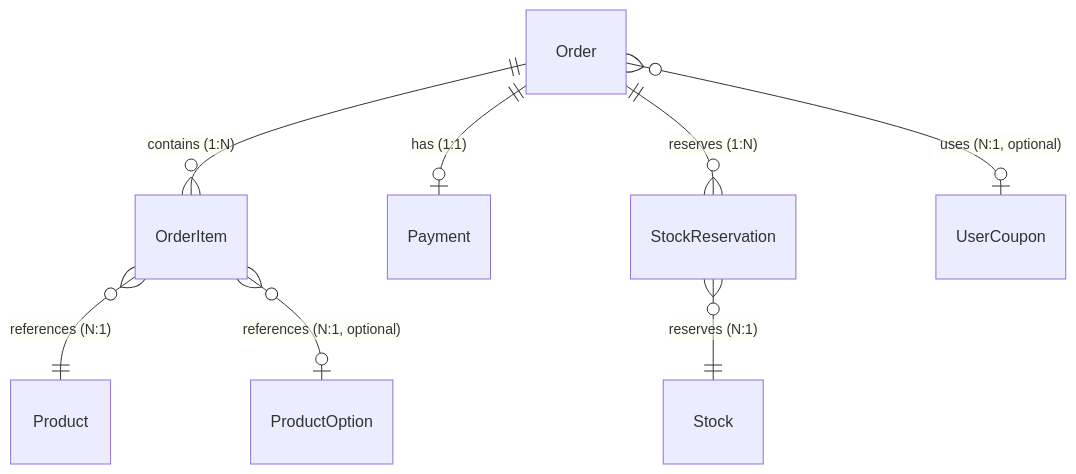
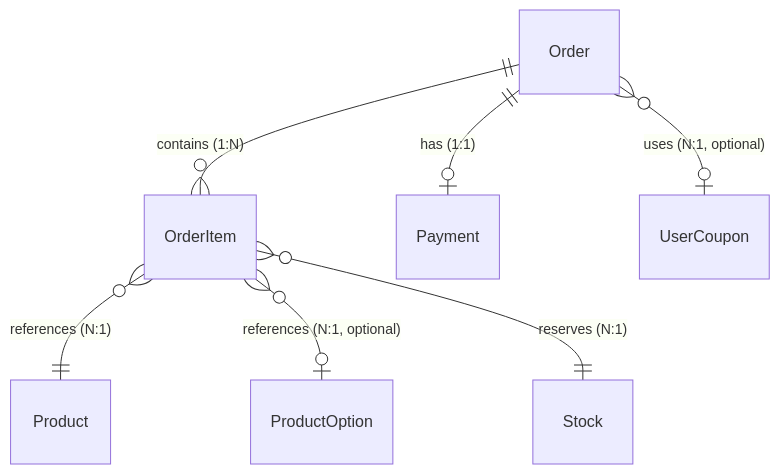
Diagram 11 of 13 in docs/dev/dashboard/data-model.md (ywj3493/hhplus-e-commerce), drawn with Mermaid before and after one commit. The commit also changed other lines of this file and 4 other files, not shown here.

````diff
--- a/docs/dev/dashboard/data-model.md
+++ b/docs/dev/dashboard/data-model.md
@@ -1238,10 +1164,9 @@
 ```mermaid
 erDiagram
     Order ||--o{ OrderItem : "contains (1:N)"
     Order ||--o| Payment : "has (1:1)"
-    Order ||--o{ StockReservation : "reserves (1:N)"
     Order }o--o| UserCoupon : "uses (N:1, optional)"
     OrderItem }o--|| Product : "references (N:1)"
     OrderItem }o--o| ProductOption : "references (N:1, optional)"
-    StockReservation }o--|| Stock : "reserves (N:1)"
+    OrderItem }o--|| Stock : "reserves (N:1)"
 ```
````
